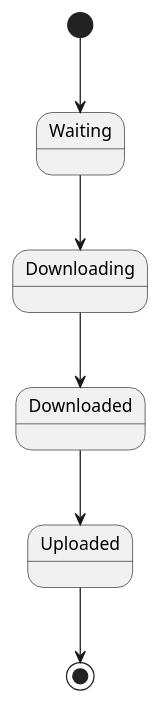
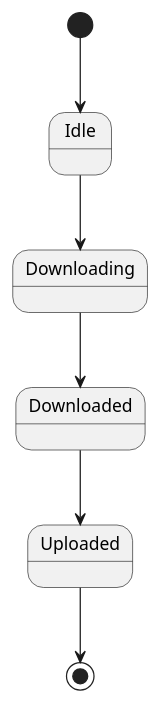
The diagram in _diary/2024-06-21.md (yanghoon/obsidian-workspace), drawn with PlantUML before and after one commit.

Commit message:
vault backup: 2024-06-23 19:35:32

````diff
--- a/_diary/2024-06-21.md
+++ b/_diary/2024-06-21.md
@@ -52,11 +52,11 @@
 ```plantuml
 @startuml
 
-[*] --> Waiting
-Waiting --> Downloading
+[*] --> Idle
+Idle --> Downloading
 Downloading --> Downloaded
 Downloaded --> Uploaded
 Uploaded -->[*] 
 
 @enduml
 ```
````
